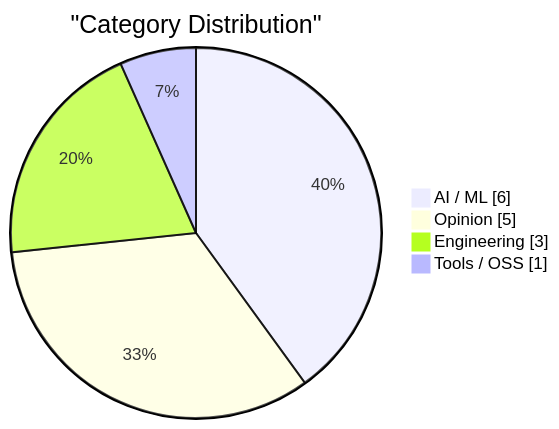
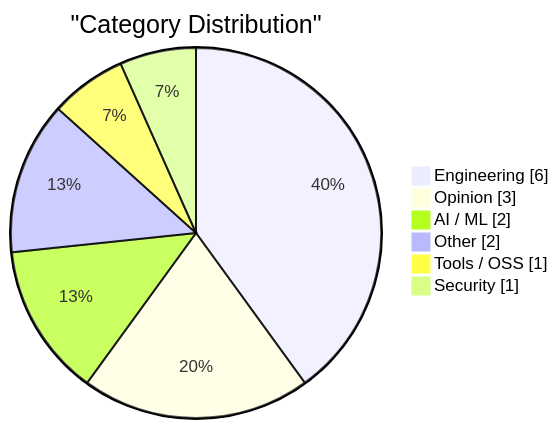
Before and after one commit to 0xEmberZz/daily-digest: the first of 2 diagrams in digests/2026-02-15.md, drawn with Mermaid. The commit also changed other lines of this file and 1 other file, not shown here.

````diff
--- a/digests/2026-02-15.md
+++ b/digests/2026-02-15.md
@@ -70,8 +70,10 @@
 ```mermaid
 pie showData
     title "Category Distribution"
-    "AI / ML" : 6
-    "Opinion" : 5
-    "Engineering" : 3
+    "Engineering" : 6
+    "Opinion" : 3
+    "AI / ML" : 2
+    "Other" : 2
     "Tools / OSS" : 1
+    "Security" : 1
 ```
````
